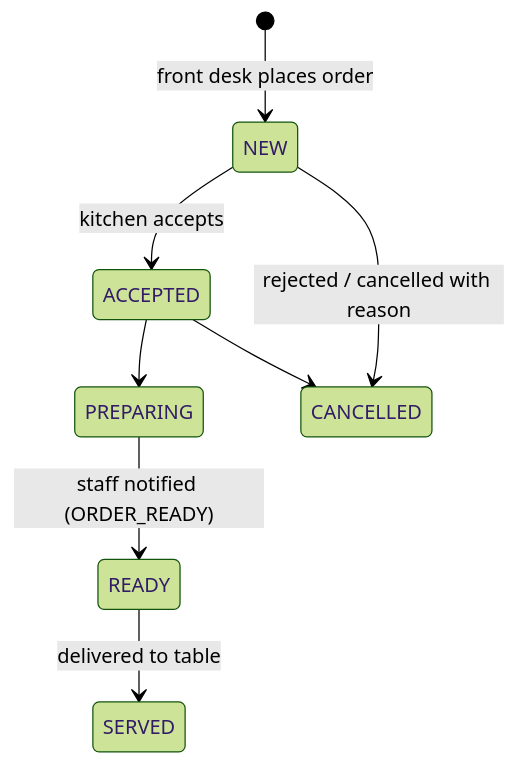
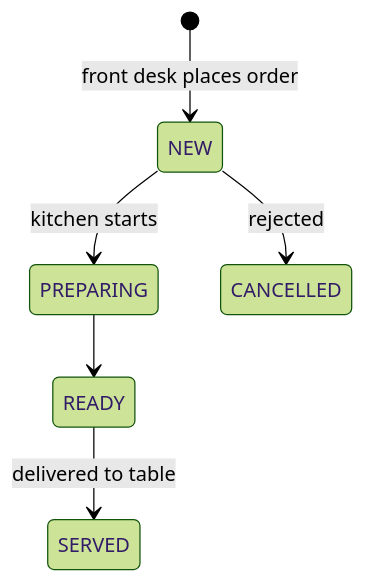
One commit to OjasPurohit/Meridian-Bay changed diagram 13 of 18 in docs/workflows/USER_FLOWS.md. Above: the diagram before and after it, drawn with Mermaid (forest theme). The commit also changed other lines of this file and 276 other files, not shown here.

````diff
--- a/docs/workflows/USER_FLOWS.md
+++ b/docs/workflows/USER_FLOWS.md
@@ -296,10 +256,8 @@
 ```mermaid
 stateDiagram-v2
   [*] --> NEW : front desk places order
-  NEW --> ACCEPTED : kitchen accepts
-  ACCEPTED --> PREPARING
-  PREPARING --> READY : staff notified (ORDER_READY)
+  NEW --> PREPARING : kitchen starts
+  PREPARING --> READY
   READY --> SERVED : delivered to table
-  NEW --> CANCELLED : rejected / cancelled with reason
-  ACCEPTED --> CANCELLED
+  NEW --> CANCELLED : rejected
 ```
````
